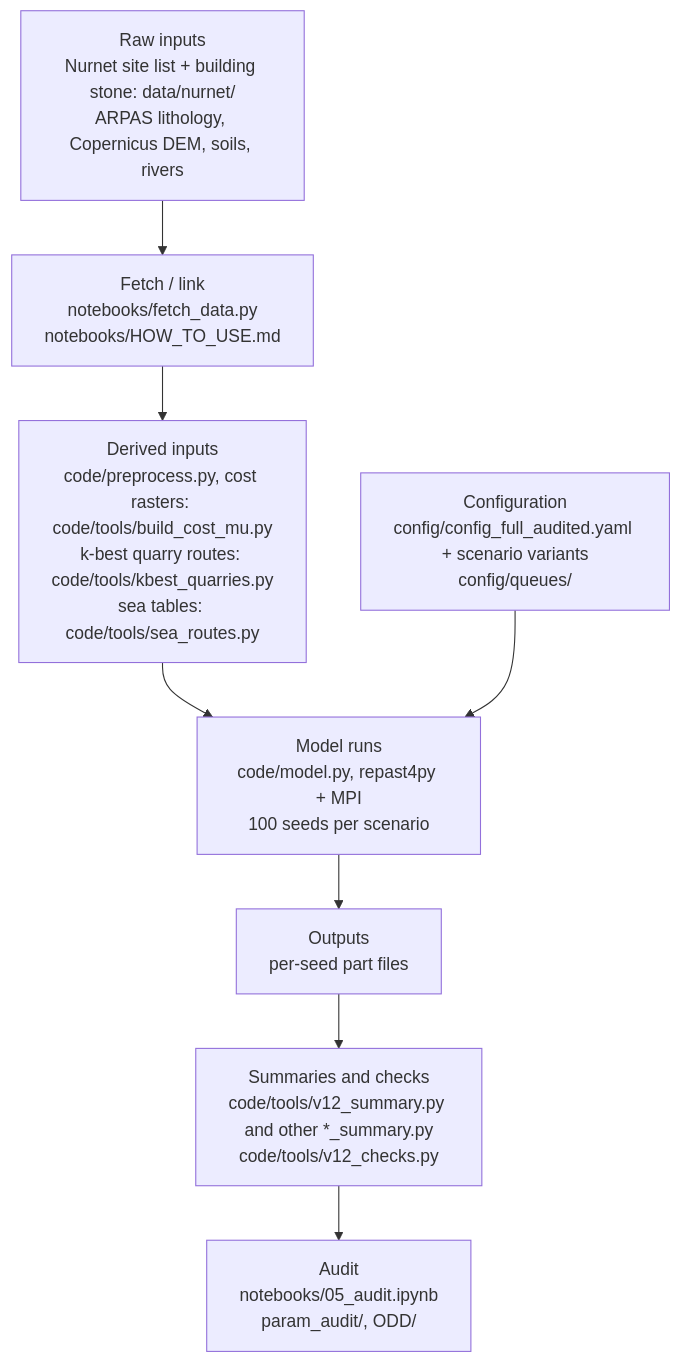
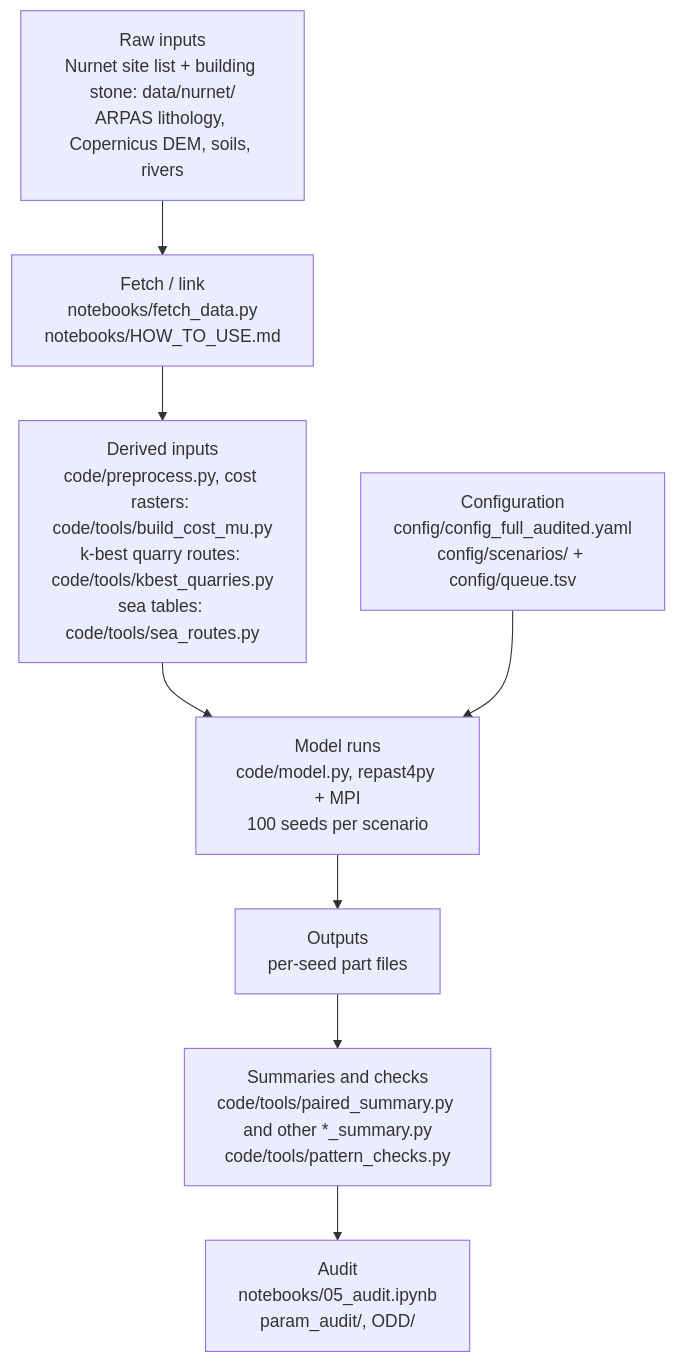
Before and after one commit to maltaweel/Repast_Nuraghe: the diagram in README.md, drawn with Mermaid. The commit also changed other lines of this file and 676 other files, not shown here.

````diff
--- a/README.md
+++ b/README.md
@@ -68,14 +67,14 @@
 ```mermaid
 flowchart TD
     A["Raw inputs<br/>Nurnet site list + building stone: data/nurnet/<br/>ARPAS lithology, Copernicus DEM, soils, rivers"]
     B["Fetch / link<br/>notebooks/fetch_data.py<br/>notebooks/HOW_TO_USE.md"]
     C["Derived inputs<br/>code/preprocess.py, cost rasters: code/tools/build_cost_mu.py<br/>k-best quarry routes: code/tools/kbest_quarries.py<br/>sea tables: code/tools/sea_routes.py"]
-    D["Configuration<br/>config/config_full_audited.yaml + scenario variants<br/>config/queues/"]
+    D["Configuration<br/>config/config_full_audited.yaml<br/>config/scenarios/ + config/queue.tsv"]
     E["Model runs<br/>code/model.py, repast4py + MPI<br/>100 seeds per scenario"]
     F["Outputs<br/>per-seed part files"]
-    G["Summaries and checks<br/>code/tools/v12_summary.py and other *_summary.py<br/>code/tools/v12_checks.py"]
+    G["Summaries and checks<br/>code/tools/paired_summary.py and other *_summary.py<br/>code/tools/pattern_checks.py"]
     H["Audit<br/>notebooks/05_audit.ipynb<br/>param_audit/, ODD/"]
     A --> B --> C --> E
     D --> E
     E --> F --> G --> H
 ```
````
